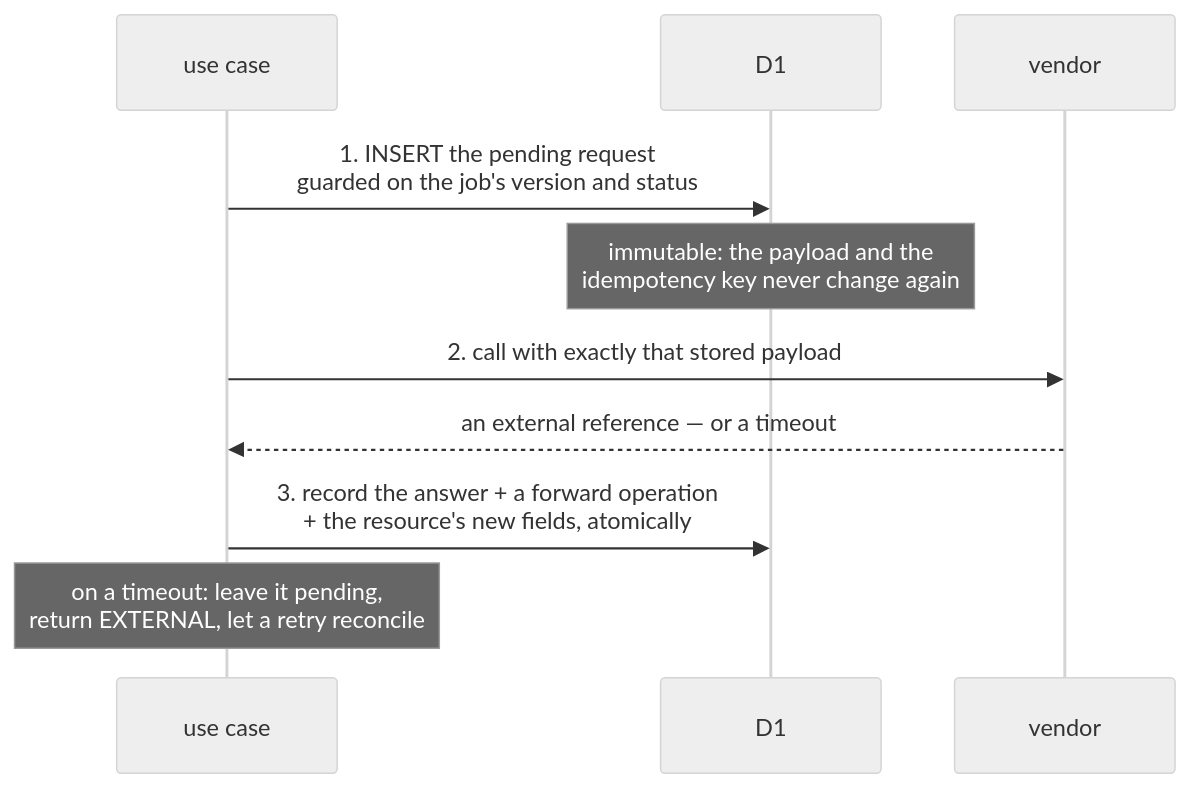
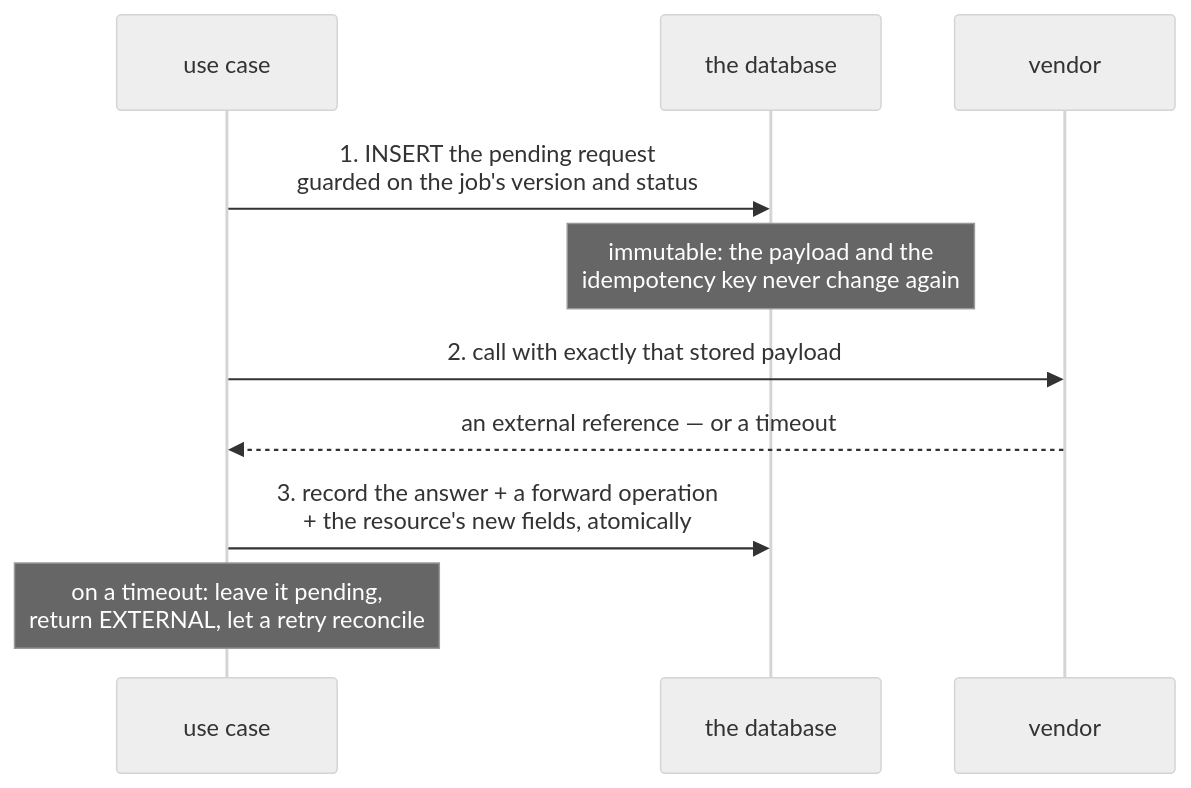
The second of 2 diagrams in docs/integrations.md (anbergem/seating-arrangement), drawn with Mermaid (neutral theme) before and after one commit. The commit also changed other lines of this file and 102 other files, not shown here.

````diff
--- a/docs/integrations.md
+++ b/docs/integrations.md
@@ -93,13 +93,13 @@
 ```mermaid
 sequenceDiagram
   participant UC as use case
-  participant DB as D1
+  participant DB as the database
   participant V as vendor
 
   UC->>DB: 1. INSERT the pending request<br/>guarded on the job's version and status
   Note over DB: immutable: the payload and the<br/>idempotency key never change again
   UC->>V: 2. call with exactly that stored payload
   V-->>UC: an external reference — or a timeout
   UC->>DB: 3. record the answer + a forward operation<br/>+ the resource's new fields, atomically
   Note over UC: on a timeout: leave it pending,<br/>return EXTERNAL, let a retry reconcile
 ```
````
